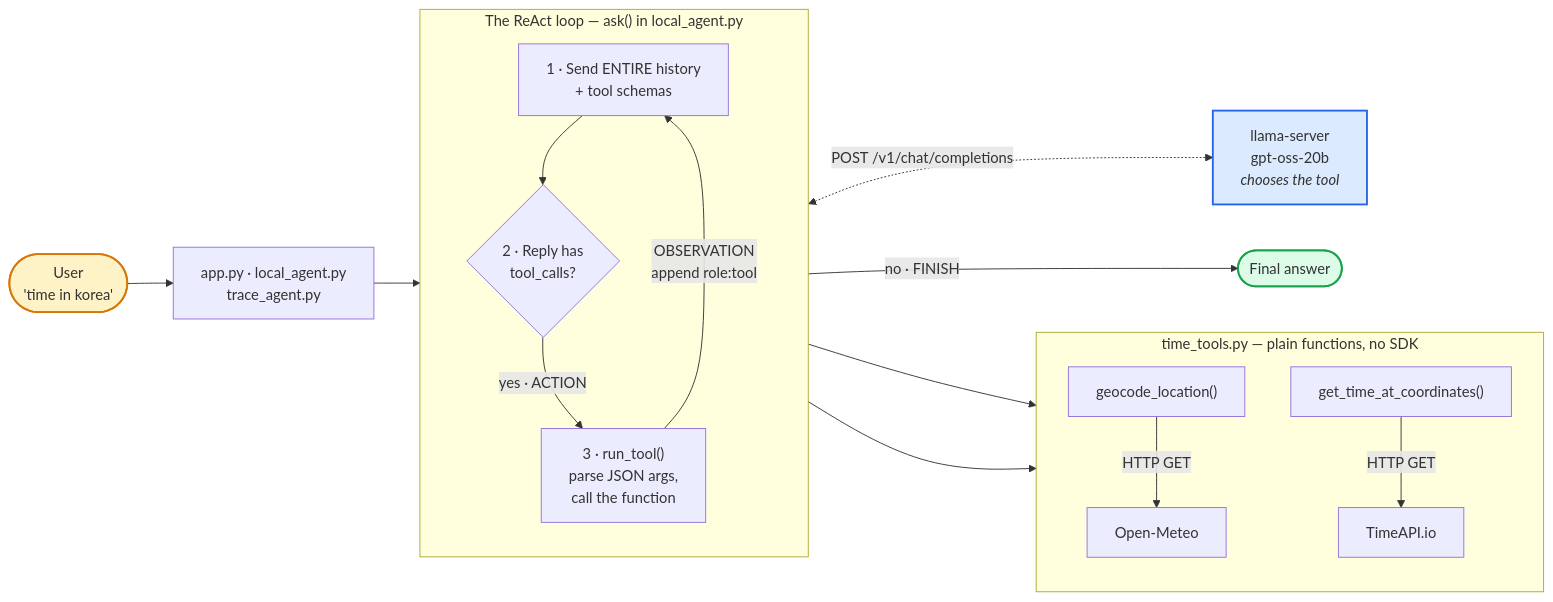
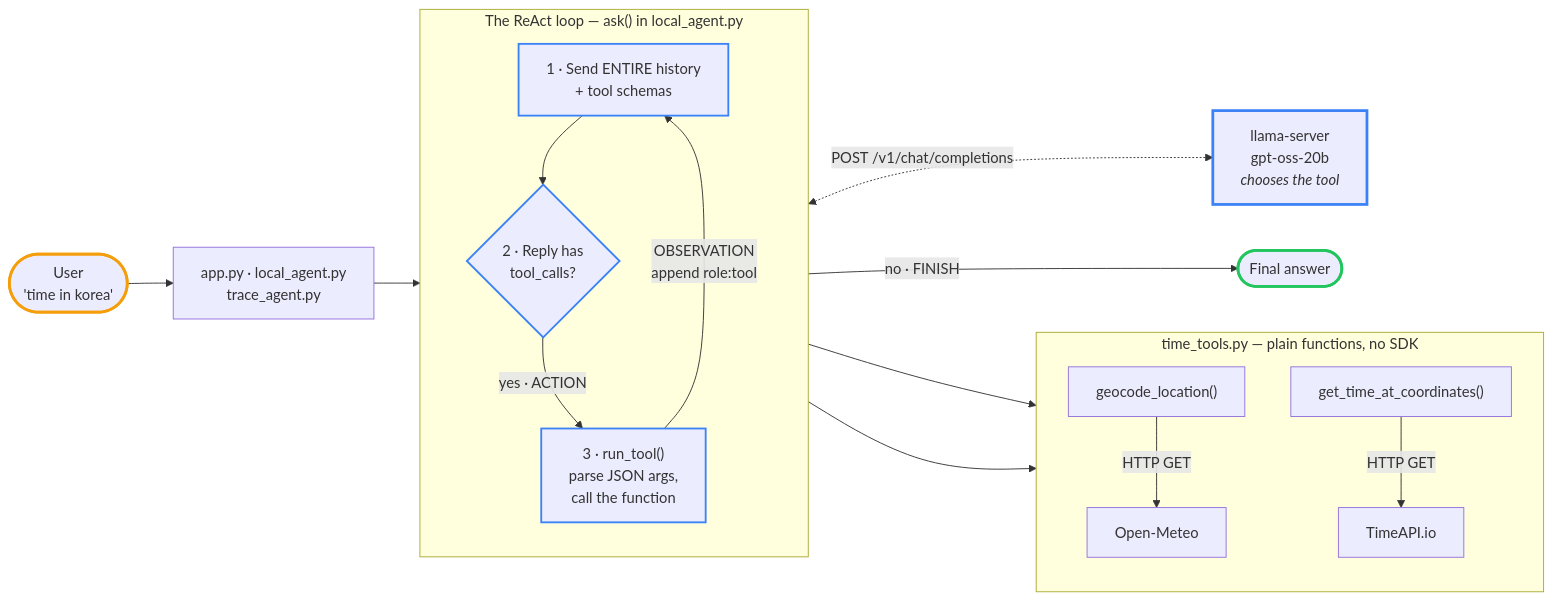
One commit to apaudelx/simple-react-loop changed the diagram in README.md. Above: the diagram before and after it, drawn with Mermaid.

Commit message:
Make architecture diagram readable in dark mode
The diagram forced light fills (#dbeafe, #dcfce7, #fef3c7) via style
directives. GitHub's dark theme renders mermaid labels in light gray, so
those nodes became pale text on a pale background.

Use stroke-only accents instead: no fill or text color is overridden, so
node backgrounds and labels follow whichever theme the reader is using.
Verified rendering in both light and dark.

````diff
--- a/README.md
+++ b/README.md
@@ -25,30 +25,35 @@
 ```mermaid
 flowchart LR
     User(["User<br/>'time in korea'"]) --> Entry["app.py · local_agent.py<br/>trace_agent.py"]
     Entry --> Send
 
     subgraph Loop["The ReAct loop — ask() in local_agent.py"]
         direction TB
         Send["1 · Send ENTIRE history<br/>+ tool schemas"]
         Check{"2 · Reply has<br/>tool_calls?"}
         Exec["3 · run_tool()<br/>parse JSON args,<br/>call the function"]
         Send --> Check
         Check -->|"yes · ACTION"| Exec
         Exec -->|"OBSERVATION<br/>append role:tool"| Send
     end
 
     Send <-.->|"POST /v1/chat/completions"| LLM["llama-server<br/>gpt-oss-20b<br/><i>chooses the tool</i>"]
     Check -->|"no · FINISH"| Answer(["Final answer"])
     Exec --> Geo
     Exec --> Time
 
     subgraph Tools["time_tools.py — plain functions, no SDK"]
         direction TB
         Geo["geocode_location()"] -->|"HTTP GET"| OM["Open-Meteo"]
         Time["get_time_at_coordinates()"] -->|"HTTP GET"| TA["TimeAPI.io"]
     end
 
-    style LLM fill:#dbeafe,stroke:#2563eb,stroke-width:2px
-    style Answer fill:#dcfce7,stroke:#16a34a,stroke-width:2px
-    style User fill:#fef3c7,stroke:#d97706,stroke-width:2px
+    %% Stroke-only accents: no fill or text colors are overridden, so the node
+    %% background and label follow GitHub's light/dark theme automatically.
+    style User stroke:#f59e0b,stroke-width:3px
+    style LLM stroke:#3b82f6,stroke-width:3px
+    style Answer stroke:#22c55e,stroke-width:3px
+    style Send stroke:#3b82f6,stroke-width:2px
+    style Check stroke:#3b82f6,stroke-width:2px
+    style Exec stroke:#3b82f6,stroke-width:2px
 ```
````
